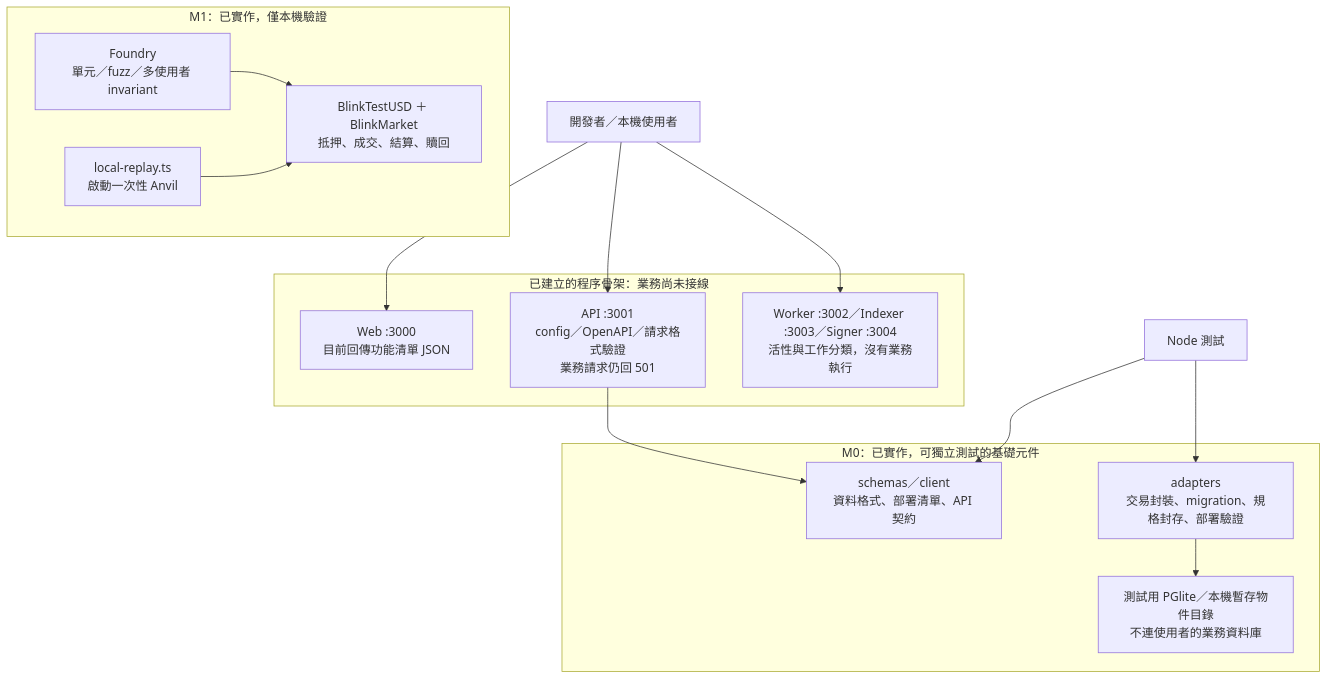
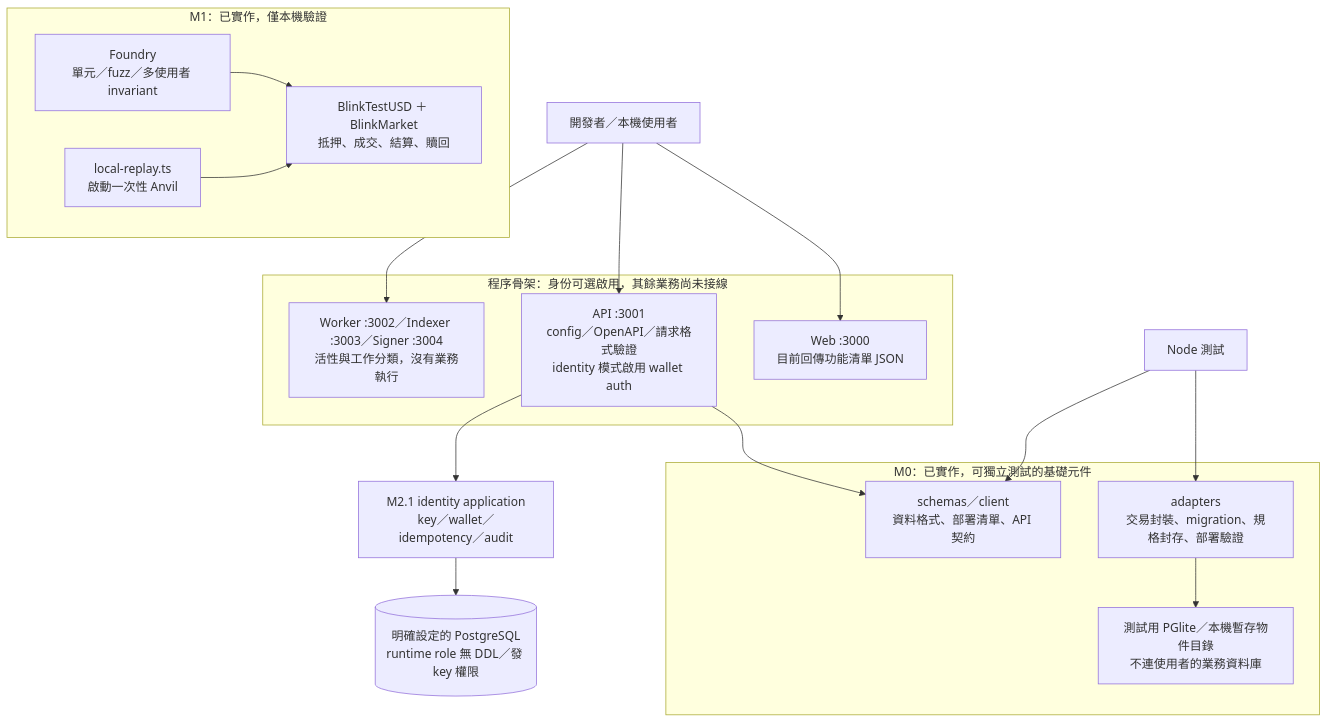
The first of 5 diagrams in docs/ARCHITECTURE_GUIDE.md (Blink-Markets/blinkmarket), drawn with Mermaid before and after one commit. The commit also changed other lines of this file and 53 other files, not shown here.

````diff
--- a/docs/ARCHITECTURE_GUIDE.md
+++ b/docs/ARCHITECTURE_GUIDE.md
@@ -11,28 +13,30 @@
 ```mermaid
 flowchart TB
     User["開發者／本機使用者"]
-    subgraph Hosts["已建立的程序骨架：業務尚未接線"]
+    subgraph Hosts["程序骨架：身份可選啟用，其餘業務尚未接線"]
         Web["Web :3000<br/>目前回傳功能清單 JSON"]
-        API["API :3001<br/>config／OpenAPI／請求格式驗證<br/>業務請求仍回 501"]
+        API["API :3001<br/>config／OpenAPI／請求格式驗證<br/>identity 模式啟用 wallet auth"]
         Other["Worker :3002／Indexer :3003／Signer :3004<br/>活性與工作分類，沒有業務執行"]
     end
     subgraph M0["M0：已實作，可獨立測試的基礎元件"]
         Schemas["schemas／client<br/>資料格式、部署清單、API 契約"]
         Adapters["adapters<br/>交易封裝、migration、規格封存、部署驗證"]
         Storage["測試用 PGlite／本機暫存物件目錄<br/>不連使用者的業務資料庫"]
     end
     subgraph M1["M1：已實作，僅本機驗證"]
         Tests["Foundry<br/>單元／fuzz／多使用者 invariant"]
         Replay["local-replay.ts<br/>啟動一次性 Anvil"]
         Contracts["BlinkTestUSD ＋ BlinkMarket<br/>抵押、成交、結算、贖回"]
     end
     User --> Web
     User --> API
     User --> Other
     API --> Schemas
+    API --> Identity["M2.1 identity application<br/>key／wallet／idempotency／audit"]
+    Identity --> PG[("明確設定的 PostgreSQL<br/>runtime role 無 DDL／發 key 權限")]
     NodeTests["Node 測試"] --> Adapters
     NodeTests --> Schemas
     Adapters --> Storage
     Tests --> Contracts
     Replay --> Contracts
 ```
````
